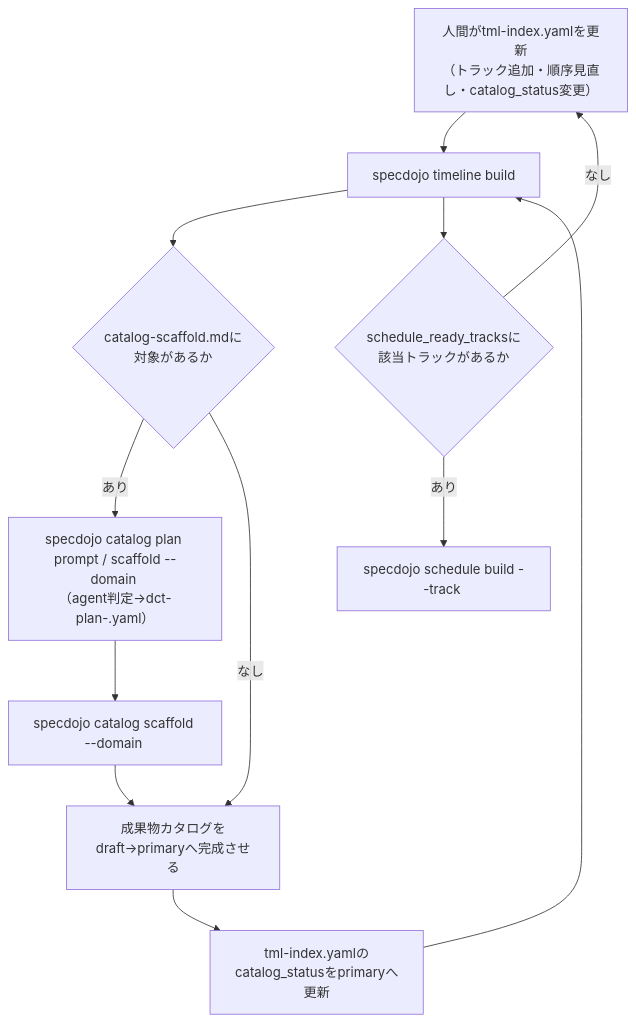
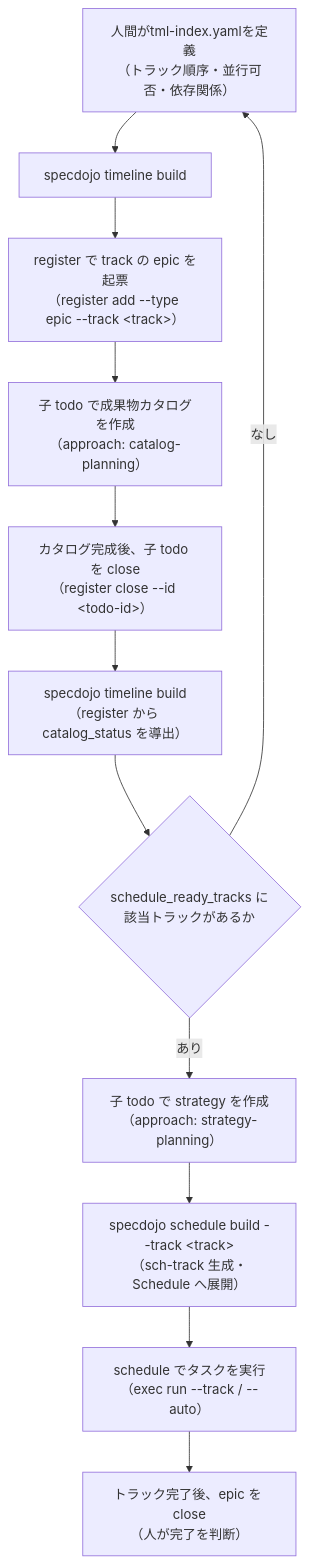
The second of 2 diagrams in docs/ja/specdojo/guides/timeline-design-guide.md (specdojo/specdojo), drawn with Mermaid before and after one commit. The commit also changed other lines of this file and 9 other files, not shown here.

Commit message:
exec(register PJR-AB1Y): ガイドを register を起点とする構成へ書き換える

````diff
--- a/docs/ja/specdojo/guides/timeline-design-guide.md
+++ b/docs/ja/specdojo/guides/timeline-design-guide.md
@@ -84,14 +84,14 @@
 ```mermaid
 flowchart TD
-    A["人間がtml-index.yamlを更新<br/>（トラック追加・順序見直し・catalog_status変更）"] --> B["specdojo timeline build"]
-    B --> C{"catalog-scaffold.mdに<br/>対象があるか"}
-    C -->|"あり"| P["specdojo catalog plan prompt / scaffold --domain <domain><br/>（agent判定→dct-plan-<domain>.yaml）"]
-    P --> D["specdojo catalog scaffold --domain <domain>"]
-    D --> E["成果物カタログをdraft→primaryへ完成させる"]
-    C -->|"なし"| E
-    E --> F["tml-index.yamlのcatalog_statusをprimaryへ更新"]
-    F --> B
-    B --> G{"schedule_ready_tracksに<br/>該当トラックがあるか"}
-    G -->|"あり"| H["specdojo schedule build --track <track>"]
+    A["人間がtml-index.yamlを定義<br/>（トラック順序・並行可否・依存関係）"] --> B["specdojo timeline build"]
+    B --> C["register で track の epic を起票<br/>（register add --type epic --track &lt;track&gt;）"]
+    C --> D["子 todo で成果物カタログを作成<br/>（approach: catalog-planning）"]
+    D --> E["カタログ完成後、子 todo を close<br/>（register close --id &lt;todo-id&gt;）"]
+    E --> F["specdojo timeline build<br/>（register から catalog_status を導出）"]
+    F --> G{"schedule_ready_tracks に<br/>該当トラックがあるか"}
+    G -->|"あり"| H["子 todo で strategy を作成<br/>（approach: strategy-planning）"]
+    H --> I["specdojo schedule build --track &lt;track&gt;<br/>（sch-track 生成・Schedule へ展開）"]
+    I --> J["schedule でタスクを実行<br/>（exec run --track / --auto）"]
+    J --> K["トラック完了後、epic を close<br/>（人が完了を判断）"]
     G -->|"なし"| A
 ```
````
